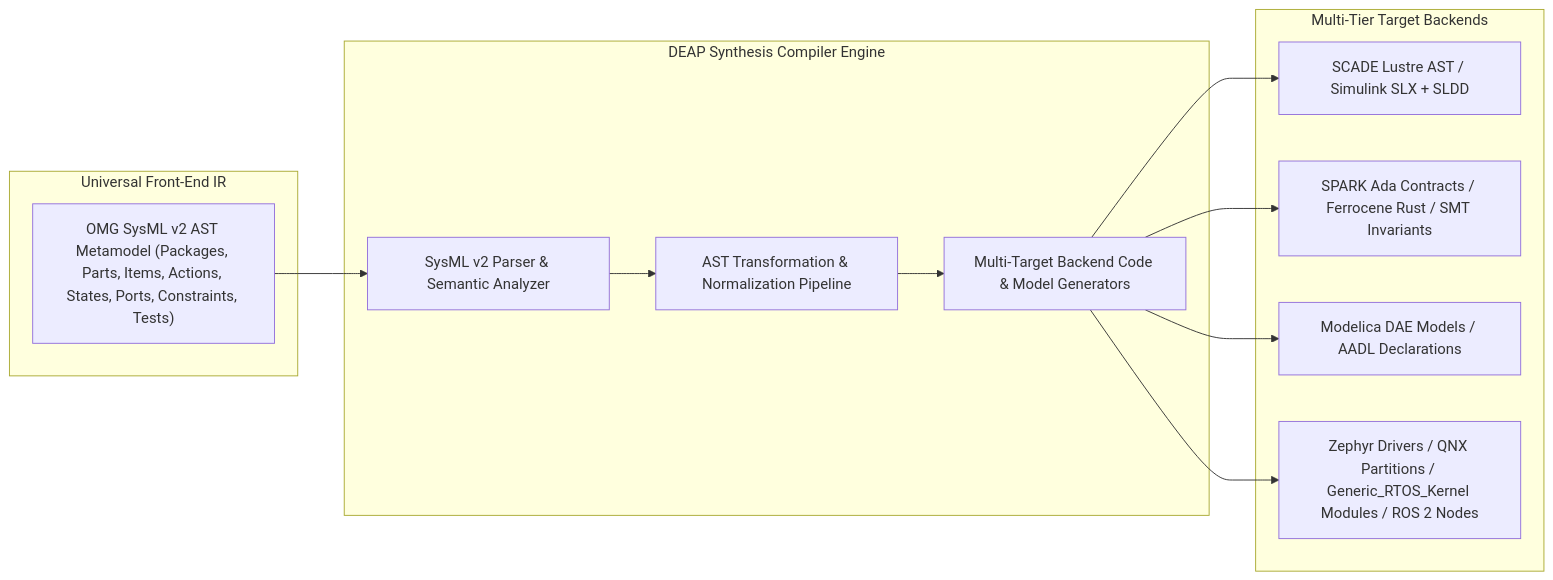
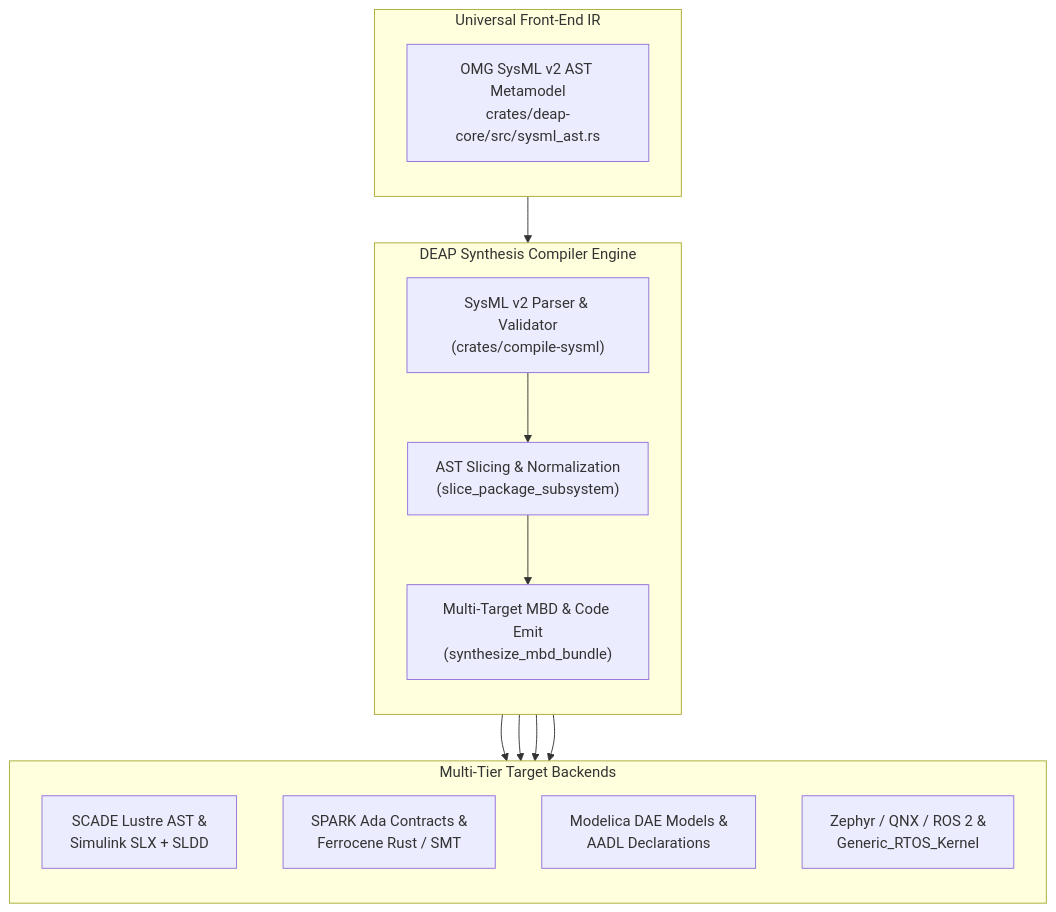
The second of 10 diagrams in docs/architecture/blueprints/DEAP_MULTI_TOOLCHAIN_SYNTHESIS_ARCHITECTURE.md (gintatkinson/DEAP01-spec-core), drawn with Mermaid before and after one commit. The commit also changed other lines of this file and 28 other files, not shown here.

Commit message:
feat(verify-baseline,deap-core,compile-sysml): implement Option C blueprint capabilities and Check 37 blueprint grounding gate

````diff
--- a/docs/architecture/blueprints/DEAP_MULTI_TOOLCHAIN_SYNTHESIS_ARCHITECTURE.md
+++ b/docs/architecture/blueprints/DEAP_MULTI_TOOLCHAIN_SYNTHESIS_ARCHITECTURE.md
@@ -89,27 +92,30 @@
 ```mermaid
-flowchart LR
+flowchart TD
     subgraph Frontend_IR ["Universal Front-End IR"]
-        AST_IR["OMG SysML v2 AST Metamodel (Packages, Parts, Items, Actions, States, Ports, Constraints, Tests)"]
+        direction TB
+        AST_IR["OMG SysML v2 AST Metamodel<br/>crates/deap-core/src/sysml_ast.rs"]
     end
 
     subgraph DEAP_Compiler ["DEAP Synthesis Compiler Engine"]
-        Lexer["SysML v2 Parser & Semantic Analyzer"]
-        IR_Transform["AST Transformation & Normalization Pipeline"]
-        Backend_Emit["Multi-Target Backend Code & Model Generators"]
+        direction TB
+        Lexer["SysML v2 Parser & Validator<br/>(crates/compile-sysml)"]
+        IR_Transform["AST Slicing & Normalization<br/>(slice_package_subsystem)"]
+        Backend_Emit["Multi-Target MBD & Code Emit<br/>(synthesize_mbd_bundle)"]
     end
 
     subgraph Backend_Targets ["Multi-Tier Target Backends"]
-        T1_Out["SCADE Lustre AST / Simulink SLX + SLDD"]
-        T2_Out["SPARK Ada Contracts / Ferrocene Rust / SMT Invariants"]
-        T3_Out["Modelica DAE Models / AADL Declarations"]
-        T4_Out["Zephyr Drivers / QNX Partitions / Generic_RTOS_Kernel Modules / ROS 2 Nodes"]
+        direction TB
+        T1_Out["SCADE Lustre AST &<br/>Simulink SLX + SLDD"]
+        T2_Out["SPARK Ada Contracts &<br/>Ferrocene Rust / SMT"]
+        T3_Out["Modelica DAE Models &<br/>AADL Declarations"]
+        T4_Out["Zephyr / QNX / ROS 2 &<br/>Generic_RTOS_Kernel"]
     end
 
     AST_IR --> Lexer
     Lexer --> IR_Transform
     IR_Transform --> Backend_Emit
     Backend_Emit --> T1_Out
     Backend_Emit --> T2_Out
     Backend_Emit --> T3_Out
     Backend_Emit --> T4_Out
 ```
````
